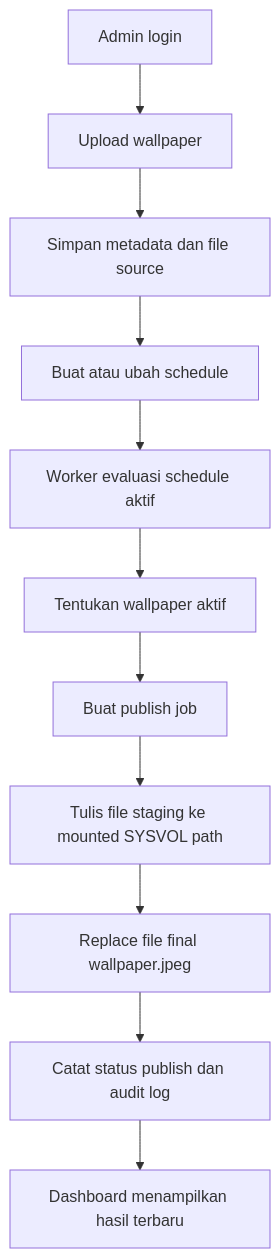
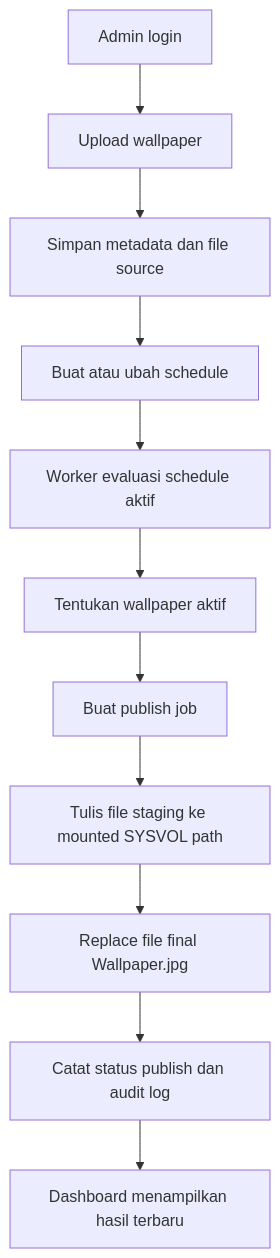
One commit to mti-ict-git/wallpaper-scheduler changed the diagram in .trae/documents/prd-wallpaper-scheduler.md. Above: the diagram before and after it, drawn with Mermaid. The commit also changed other lines of this file and 13 other files, not shown here.

First line of the commit message:
chore: standardize published wallpaper filename to Wallpaper.jpg

````diff
--- a/.trae/documents/prd-wallpaper-scheduler.md
+++ b/.trae/documents/prd-wallpaper-scheduler.md
@@ -39,13 +39,13 @@
 ```mermaid
 flowchart TD
     A["Admin login"] --> B["Upload wallpaper"]
     B --> C["Simpan metadata dan file source"]
     C --> D["Buat atau ubah schedule"]
     D --> E["Worker evaluasi schedule aktif"]
     E --> F["Tentukan wallpaper aktif"]
     F --> G["Buat publish job"]
     G --> H["Tulis file staging ke mounted SYSVOL path"]
-    H --> I["Replace file final wallpaper.jpeg"]
+    H --> I["Replace file final Wallpaper.jpg"]
     I --> J["Catat status publish dan audit log"]
     J --> K["Dashboard menampilkan hasil terbaru"]
 ```
````
